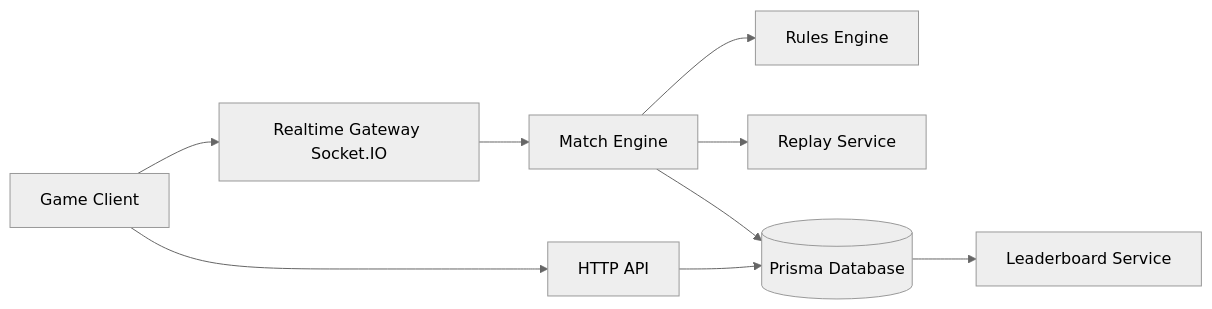
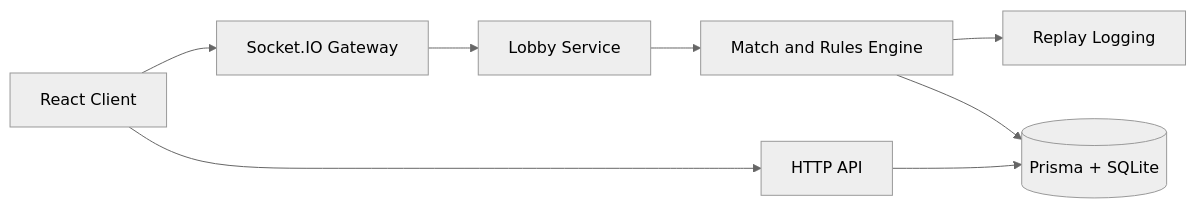
Before and after one commit to InvisionCWA/spherebreak: the diagram in README.md, drawn with Mermaid (neutral theme). The commit also changed other lines of this file, not shown here.

Commit message:
feat: update README.md to enhance game description, features, and repository layout; improve clarity and organization

````diff
--- a/README.md
+++ b/README.md
@@ -237,11 +201,10 @@
 ```mermaid
 flowchart LR
-    Client[Game Client] --> Socket[Realtime Gateway Socket.IO]
-    Socket --> Match[Match Engine]
-    Match --> Rules[Rules Engine]
-    Match --> Replay[Replay Service]
-    Match --> Store[(Prisma Database)]
-    Store --> Leaderboard[Leaderboard Service]
-    Client --> Api[HTTP API]
-    Api --> Store
+        Client[React Client] --> Socket[Socket.IO Gateway]
+        Socket --> Lobby[Lobby Service]
+        Lobby --> Engine[Match and Rules Engine]
+        Engine --> Replay[Replay Logging]
+        Engine --> DB[(Prisma + SQLite)]
+        Client --> API[HTTP API]
+        API --> DB
 ```
````
